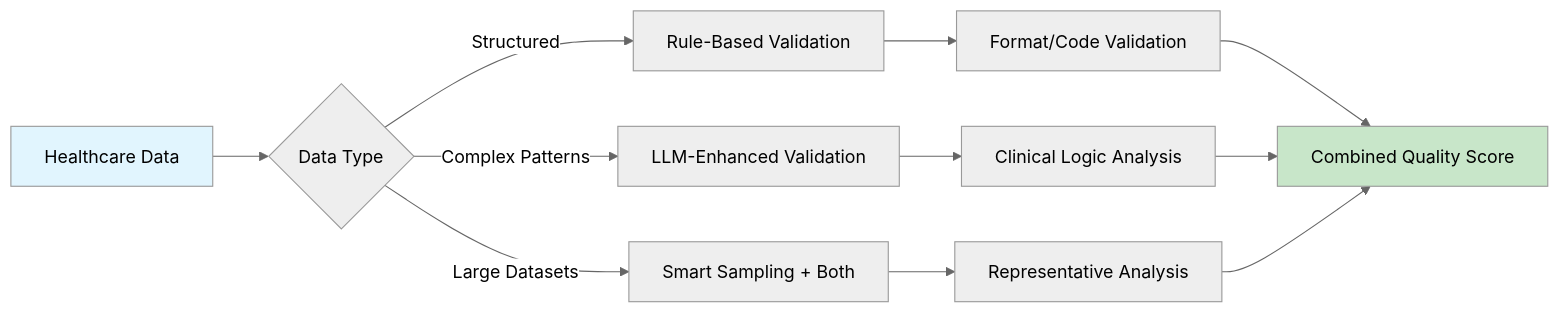
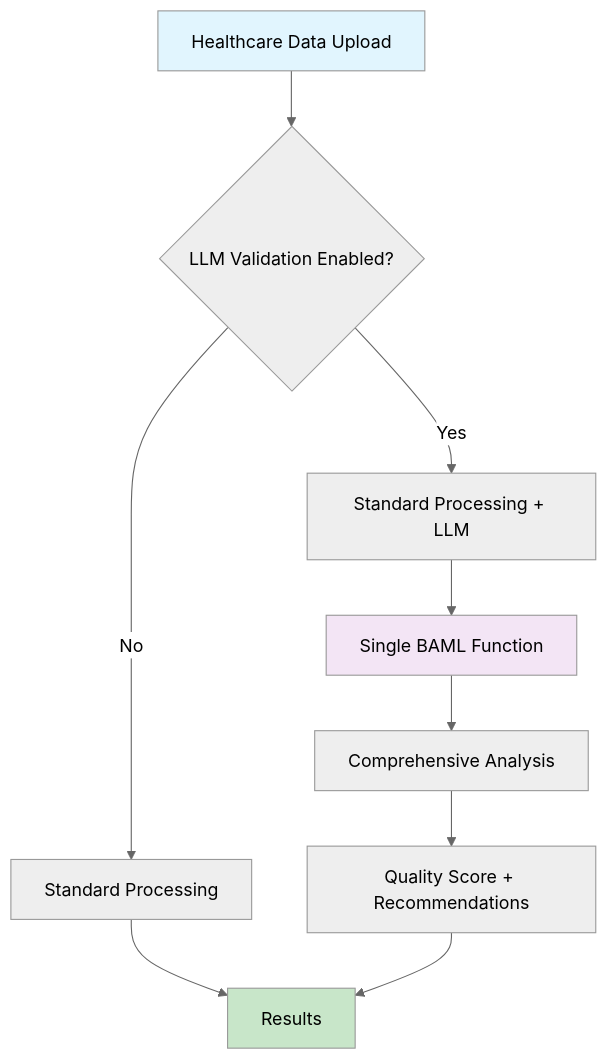
Before and after one commit to kargarisaac/preauth-healthcare-ai-triage: the seventh of 7 diagrams in docs/data_quality_validation.md, drawn with Mermaid (neutral theme). The commit also changed other lines of this file and 26 other files, not shown here.

Commit message:
feat: simplify llm validation

````diff
--- a/docs/data_quality_validation.md
+++ b/docs/data_quality_validation.md
@@ -460,19 +294,17 @@
 ```mermaid
-flowchart LR
-    A[Healthcare Data] --> B{Data Type}
+flowchart TD
+    A[Healthcare Data Upload] --> B{LLM Validation Enabled?}
+    B -->|No| C[Standard Processing]
+    B -->|Yes| D[Standard Processing + LLM]
 
-    B -->|Structured| C[Rule-Based Validation]
-    B -->|Complex Patterns| D[LLM-Enhanced Validation]
-    B -->|Large Datasets| E[Smart Sampling + Both]
+    D --> E[Single BAML Function]
+    E --> F[Comprehensive Analysis]
+    F --> G[Quality Score + Recommendations]
 
-    C --> F[Format/Code Validation]
-    D --> G[Clinical Logic Analysis]
-    E --> H[Representative Analysis]
-
-    F --> I[Combined Quality Score]
-    G --> I
-    H --> I
+    C --> H[Results]
+    G --> H
 
     style A fill:#e1f5fe
-    style I fill:#c8e6c9
+    style H fill:#c8e6c9
+    style E fill:#f3e5f5
 ```
````
